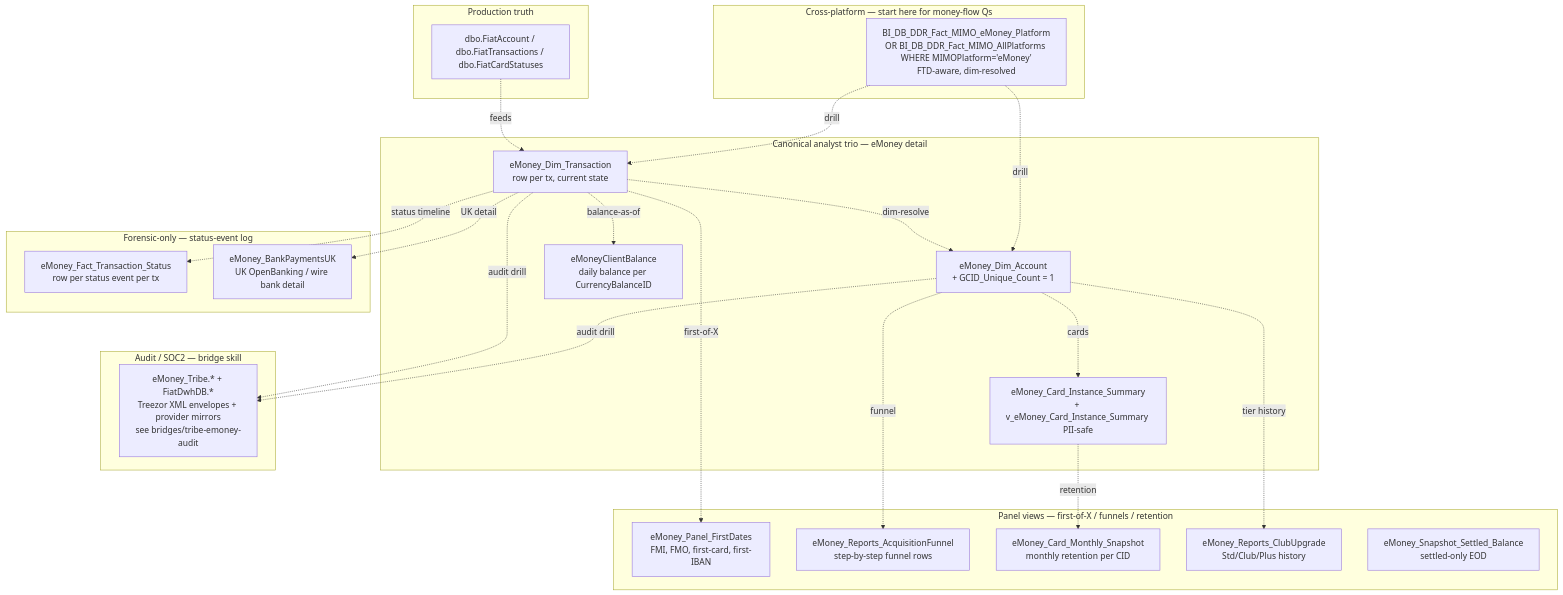
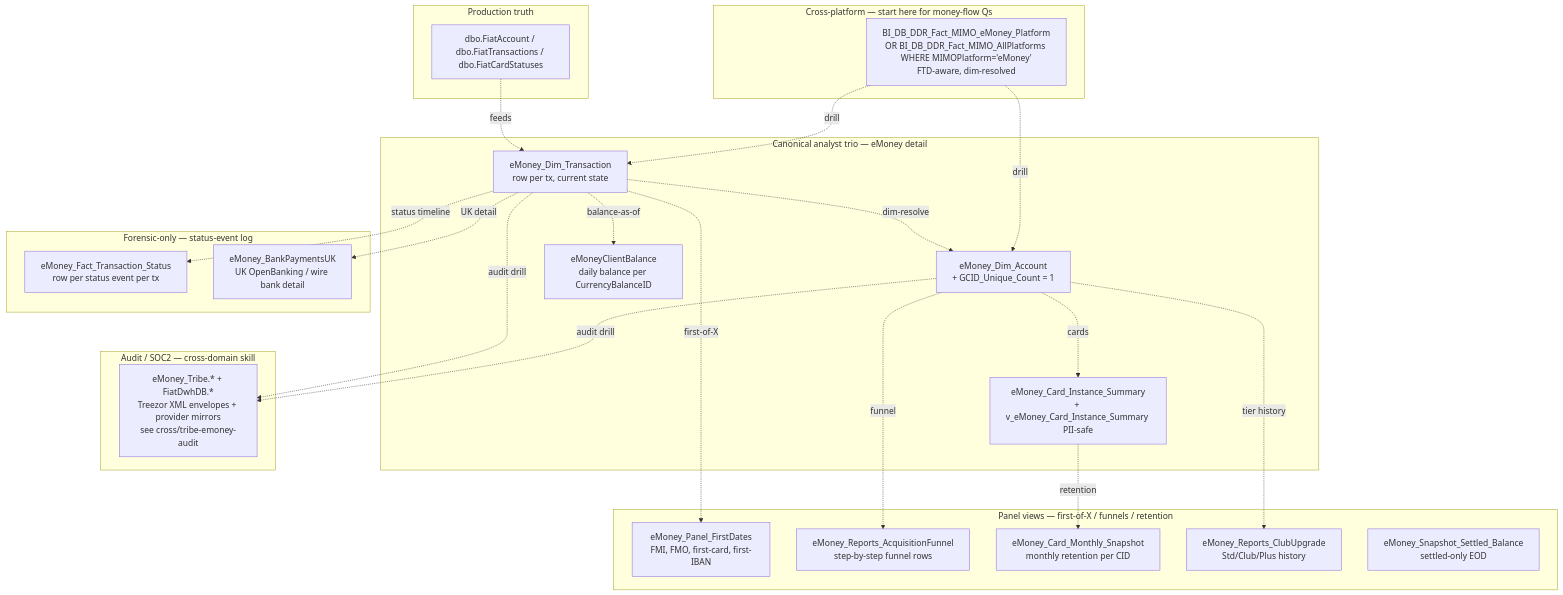
Before and after one commit to guyman-tr/Databricks_Knowledge: the diagram in knowledge/skills/payments/emoney-accounts-and-cards.md, drawn with Mermaid. The commit also changed other lines of this file and 14 other files, not shown here.

First line of the commit message:
refactor(skills): rename "bridge skill" terminology to "cross-domain skill"

````diff
--- a/knowledge/skills/payments/emoney-accounts-and-cards.md
+++ b/knowledge/skills/payments/emoney-accounts-and-cards.md
@@ -88,49 +88,49 @@
 ```mermaid
 graph TB
     subgraph T0["Cross-platform — start here for money-flow Qs"]
         Mimo[BI_DB_DDR_Fact_MIMO_eMoney_Platform<br/>OR BI_DB_DDR_Fact_MIMO_AllPlatforms WHERE MIMOPlatform='eMoney'<br/>FTD-aware, dim-resolved]
     end
 
     subgraph T1["Canonical analyst trio — eMoney detail"]
         DT[eMoney_Dim_Transaction<br/>row per tx, current state]
         DA[eMoney_Dim_Account<br/>+ GCID_Unique_Count = 1]
         CB[eMoneyClientBalance<br/>daily balance per CurrencyBalanceID]
         Cards[eMoney_Card_Instance_Summary<br/>+ v_eMoney_Card_Instance_Summary PII-safe]
     end
 
     subgraph T2["Panel views — first-of-X / funnels / retention"]
         FD[eMoney_Panel_FirstDates<br/>FMI, FMO, first-card, first-IBAN]
         FN[eMoney_Reports_AcquisitionFunnel<br/>step-by-step funnel rows]
         MS[eMoney_Card_Monthly_Snapshot<br/>monthly retention per CID]
         CU[eMoney_Reports_ClubUpgrade<br/>Std/Club/Plus history]
         SB[eMoney_Snapshot_Settled_Balance<br/>settled-only EOD]
     end
 
     subgraph T3["Forensic-only — status-event log"]
         ST[eMoney_Fact_Transaction_Status<br/>row per status event per tx]
         BPK[eMoney_BankPaymentsUK<br/>UK OpenBanking / wire bank detail]
     end
 
-    subgraph Audit["Audit / SOC2 — bridge skill"]
-        Tribe[eMoney_Tribe.* + FiatDwhDB.*<br/>Treezor XML envelopes + provider mirrors<br/>see bridges/tribe-emoney-audit]
+    subgraph Audit["Audit / SOC2 — cross-domain skill"]
+        Tribe[eMoney_Tribe.* + FiatDwhDB.*<br/>Treezor XML envelopes + provider mirrors<br/>see cross/tribe-emoney-audit]
     end
 
     subgraph Recon["Production truth"]
         Prod[dbo.FiatAccount / dbo.FiatTransactions / dbo.FiatCardStatuses]
     end
 
     Mimo -.drill.-> DT
     Mimo -.drill.-> DA
     DT -.dim-resolve.-> DA
     DT -.balance-as-of.-> CB
     DA -.cards.-> Cards
     DT -.first-of-X.-> FD
     DA -.funnel.-> FN
     Cards -.retention.-> MS
     DA -.tier history.-> CU
     DT -.status timeline.-> ST
     DT -.UK detail.-> BPK
     DA -.audit drill.-> Tribe
     DT -.audit drill.-> Tribe
     Prod -.feeds.-> DT
 ```
````
